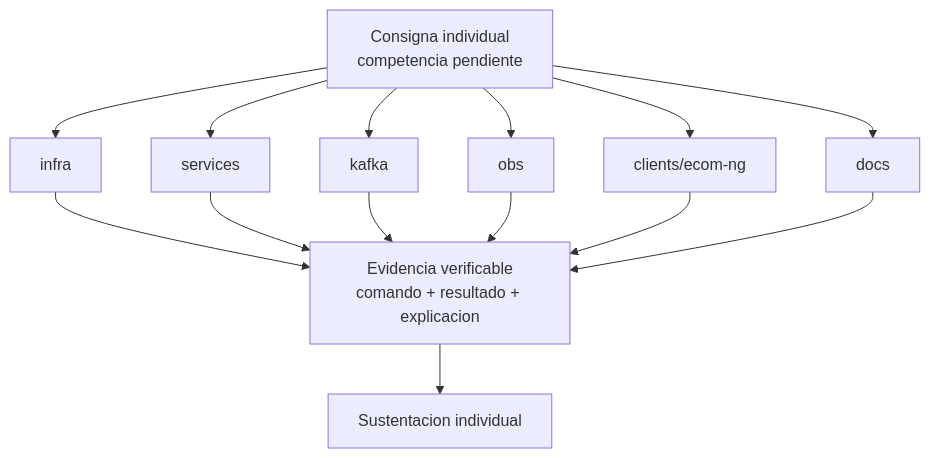
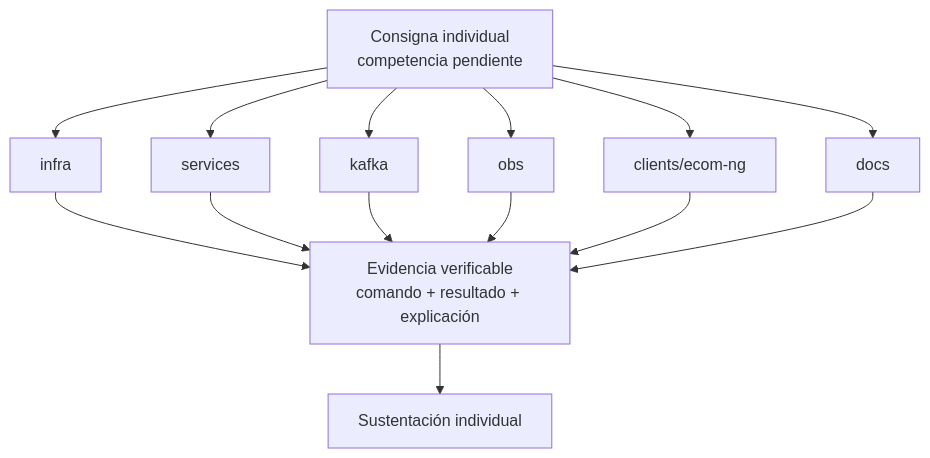
The diagram in docs/sesiones/s16-evaluacion-final.md (261dist/ecom), drawn with Mermaid before and after one commit. The commit also changed other lines of this file and 21 other files, not shown here.

````diff
--- a/docs/sesiones/s16-evaluacion-final.md
+++ b/docs/sesiones/s16-evaluacion-final.md
@@ -54,26 +54,26 @@
 ```mermaid
 flowchart TB
     Consigna["Consigna individual<br/>competencia pendiente"]
     Infra["infra"]
     Services["services"]
     Kafka["kafka"]
     Obs["obs"]
     Front["clients/ecom-ng"]
     Docs["docs"]
-    Evidencia["Evidencia verificable<br/>comando + resultado + explicacion"]
-    Sustentacion["Sustentacion individual"]
+    Evidencia["Evidencia verificable<br/>comando + resultado + explicación"]
+    Sustentacion["Sustentación individual"]
 
     Consigna --> Infra
     Consigna --> Services
     Consigna --> Kafka
     Consigna --> Obs
     Consigna --> Front
     Consigna --> Docs
     Infra --> Evidencia
     Services --> Evidencia
     Kafka --> Evidencia
     Obs --> Evidencia
     Front --> Evidencia
     Docs --> Evidencia
     Evidencia --> Sustentacion
 ```
````
